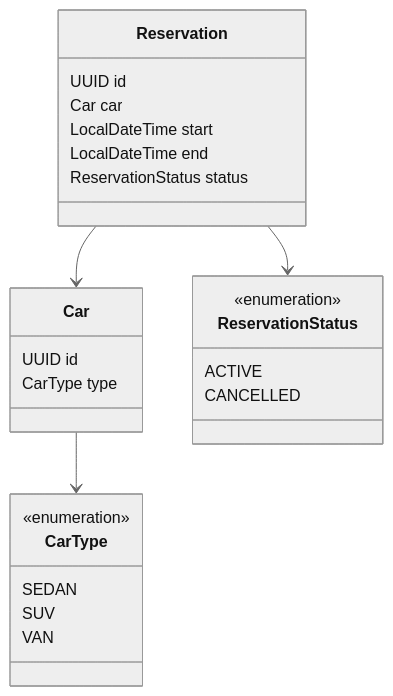
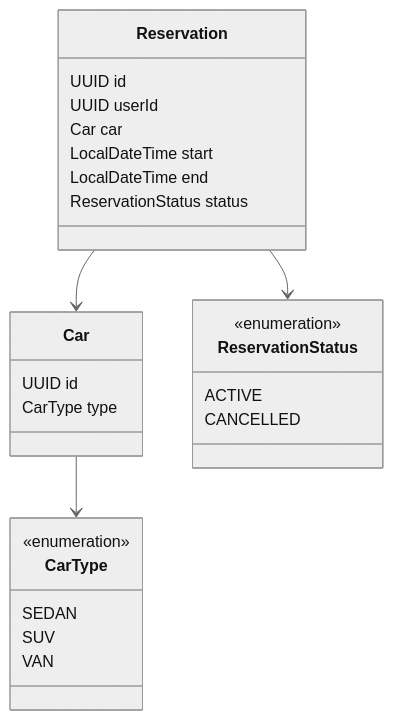
The second of 3 diagrams in docs/tech-design.md (Alanyi1234/Car-Rental-System), drawn with Mermaid (neutral theme) before and after one commit. The commit also changed other lines of this file and 4 other files, not shown here.

````diff
--- a/docs/tech-design.md
+++ b/docs/tech-design.md
@@ -338,28 +349,29 @@
 ```mermaid
 classDiagram
     class Car {
         UUID id
         CarType type
     }
     class Reservation {
         UUID id
+        UUID userId
         Car car
         LocalDateTime start
         LocalDateTime end
         ReservationStatus status
     }
     class CarType {
         <<enumeration>>
         SEDAN
         SUV
         VAN
     }
     class ReservationStatus {
         <<enumeration>>
         ACTIVE
         CANCELLED
     }
     Reservation --> Car
     Car --> CarType
     Reservation --> ReservationStatus
 ```
````
